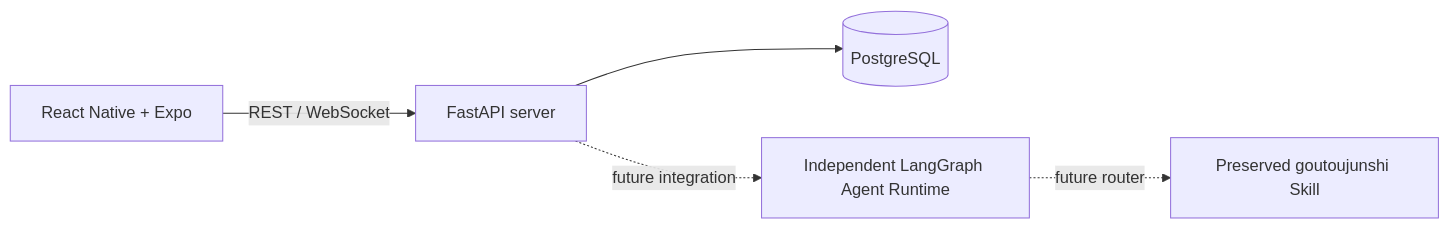
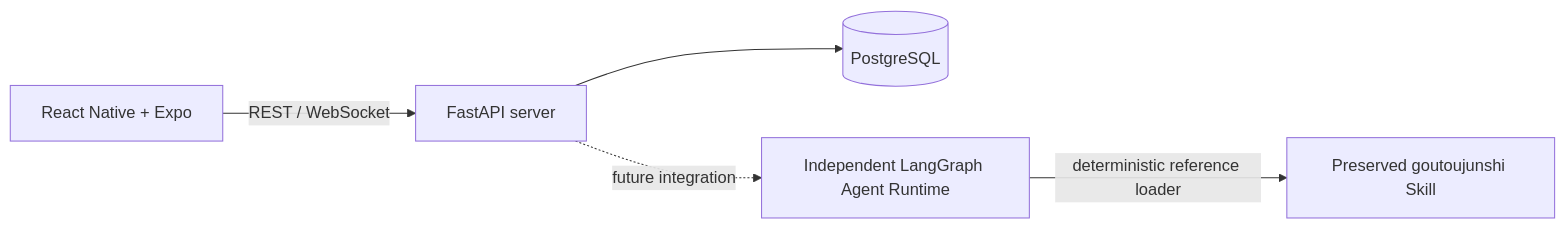
The diagram in docs/ARCHITECTURE.md (Lack666/goutouapp), drawn with Mermaid before and after one commit. The commit also changed other lines of this file and 20 other files, not shown here.

Commit message:
feat: add Phase 3D deterministic knowledge routing and loading

````diff
--- a/docs/ARCHITECTURE.md
+++ b/docs/ARCHITECTURE.md
@@ -11,7 +12,7 @@
 ```mermaid
 flowchart LR
   Mobile[React Native + Expo] -->|REST / WebSocket| Server[FastAPI server]
   Server --> Database[(PostgreSQL)]
   Server -.->|future integration| Runtime[Independent LangGraph Agent Runtime]
-  Runtime -.->|future router| Knowledge[Preserved goutoujunshi Skill]
+  Runtime -->|deterministic reference loader| Knowledge[Preserved goutoujunshi Skill]
 ```
````
